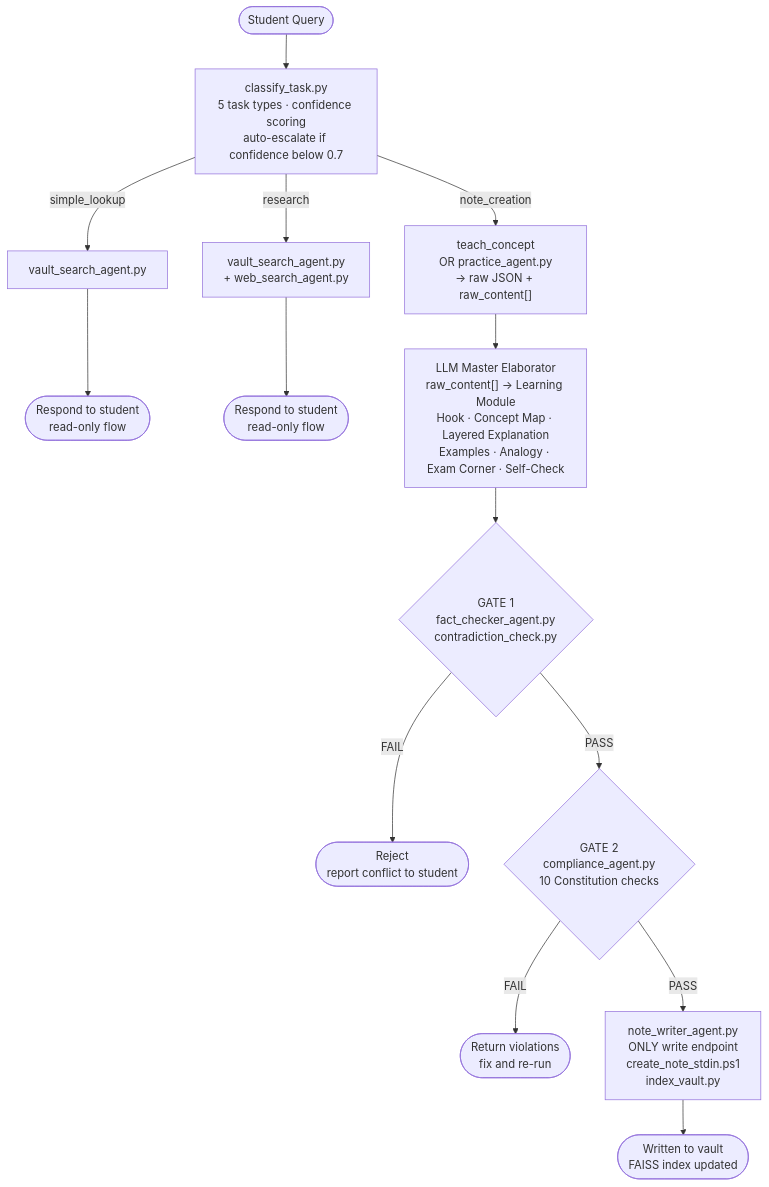
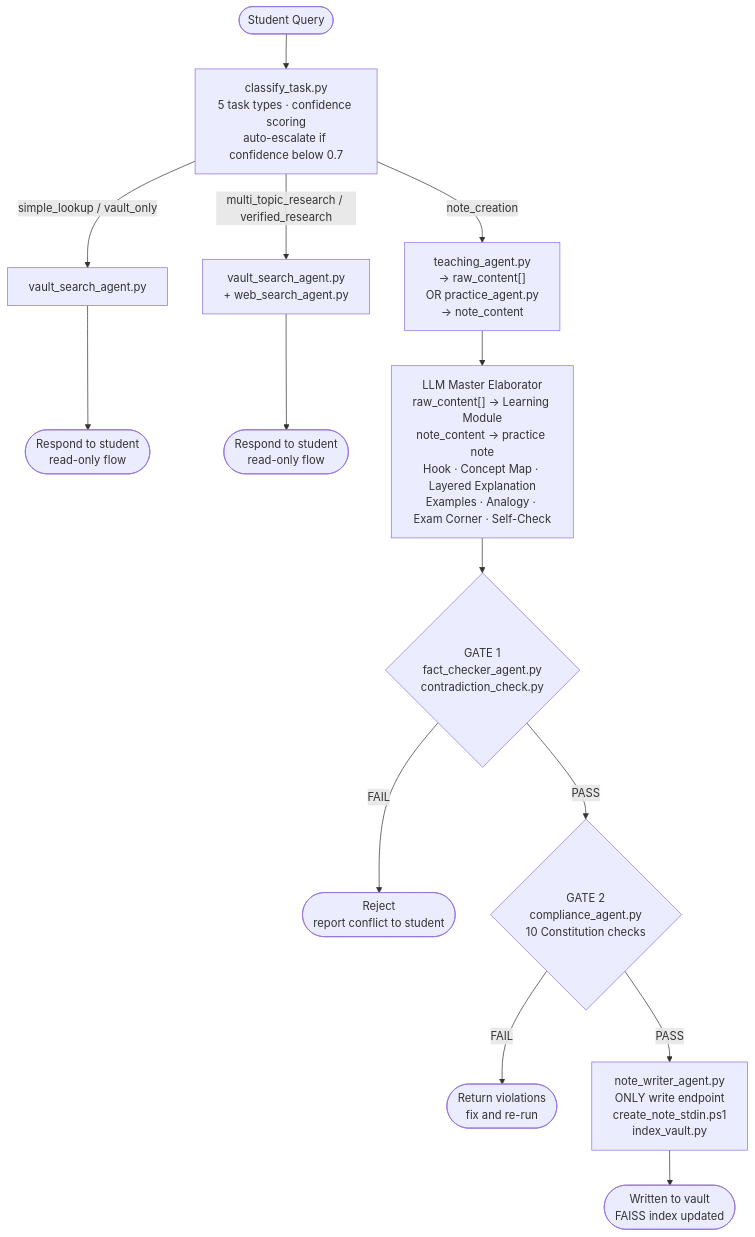
Before and after one commit to rabindranath-mishra/Study_Agent: the third of 12 diagrams in 00 - System/Agent Architecture (C4+1).md, drawn with Mermaid. The commit also changed other lines of this file, not shown here.

First line of the commit message:
docs(architecture): sync C4+1 doc with current tool behaviour

````diff
--- a/00 - System/Agent Architecture (C4+1).md
+++ b/00 - System/Agent Architecture (C4+1).md
@@ -144,21 +146,21 @@
 ```mermaid
 flowchart TD
     Q(["Student Query"])
     CT["classify_task.py<br/>5 task types · confidence scoring<br/>auto-escalate if confidence below 0.7"]
 
     Q --> CT
-    CT -- "simple_lookup" --> VS1["vault_search_agent.py"]
-    CT -- "research" --> VS2["vault_search_agent.py<br/>+ web_search_agent.py"]
-    CT -- "note_creation" --> GEN["teach_concept<br/>OR practice_agent.py<br/>→ raw JSON + raw_content[]"]
+    CT -- "simple_lookup / vault_only" --> VS1["vault_search_agent.py"]
+    CT -- "multi_topic_research / verified_research" --> VS2["vault_search_agent.py<br/>+ web_search_agent.py"]
+    CT -- "note_creation" --> GEN["teaching_agent.py<br/>→ raw_content[]<br/>OR practice_agent.py<br/>→ note_content"]
 
     VS1 --> R1(["Respond to student<br/>read-only flow"])
     VS2 --> R2(["Respond to student<br/>read-only flow"])
 
-    GEN --> ELAB["LLM Master Elaborator<br/>raw_content[] → Learning Module<br/>Hook · Concept Map · Layered Explanation<br/>Examples · Analogy · Exam Corner · Self-Check"]
+    GEN --> ELAB["LLM Master Elaborator<br/>raw_content[] → Learning Module<br/>note_content → practice note<br/>Hook · Concept Map · Layered Explanation<br/>Examples · Analogy · Exam Corner · Self-Check"]
     ELAB --> G1{"GATE 1<br/>fact_checker_agent.py<br/>contradiction_check.py"}
     G1 -- "FAIL" --> REJ1(["Reject<br/>report conflict to student"])
     G1 -- "PASS" --> G2{"GATE 2<br/>compliance_agent.py<br/>10 Constitution checks"}
     G2 -- "FAIL" --> REJ2(["Return violations<br/>fix and re-run"])
     G2 -- "PASS" --> NW["note_writer_agent.py<br/>ONLY write endpoint<br/>create_note_stdin.ps1<br/>index_vault.py"]
     NW --> VAULT(["Written to vault<br/>FAISS index updated"])
 ```
````
